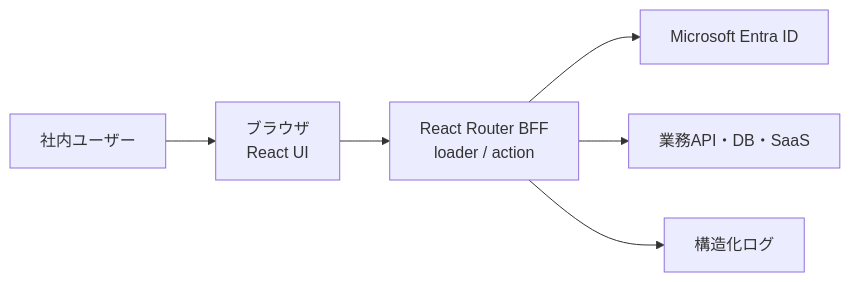
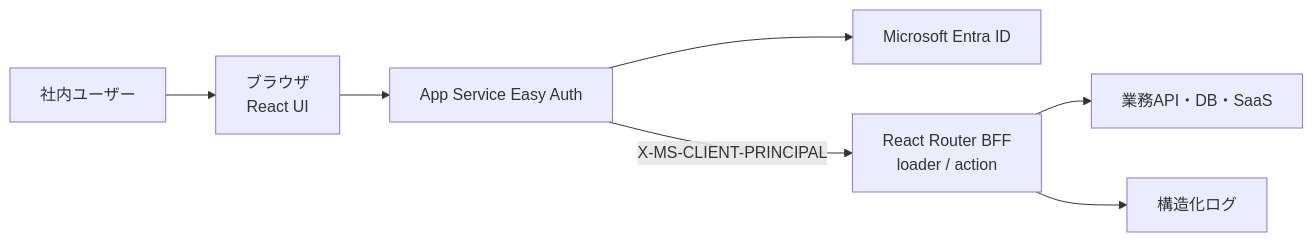
The diagram in docs/ARCHITECTURE.md (yamatairiku-dev/siryou-mite), drawn with Mermaid before and after one commit. The commit also changed other lines of this file and 24 other files, not shown here.

Commit message:
Migrate Entra authentication to Easy Auth

````diff
--- a/docs/ARCHITECTURE.md
+++ b/docs/ARCHITECTURE.md
@@ -8,8 +8,9 @@
 ```mermaid
 flowchart LR
   U["社内ユーザー"] --> B["ブラウザ<br>React UI"]
-  B --> RR["React Router BFF<br>loader / action"]
-  RR --> E["Microsoft Entra ID"]
+  B --> EA["App Service Easy Auth"]
+  EA --> E["Microsoft Entra ID"]
+  EA -->|X-MS-CLIENT-PRINCIPAL| RR["React Router BFF<br>loader / action"]
   RR --> API["業務API・DB・SaaS"]
   RR --> L["構造化ログ"]
 ```
````
